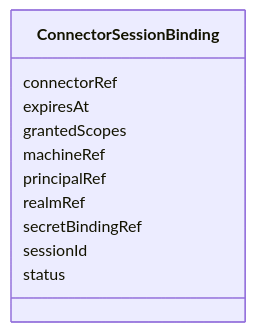
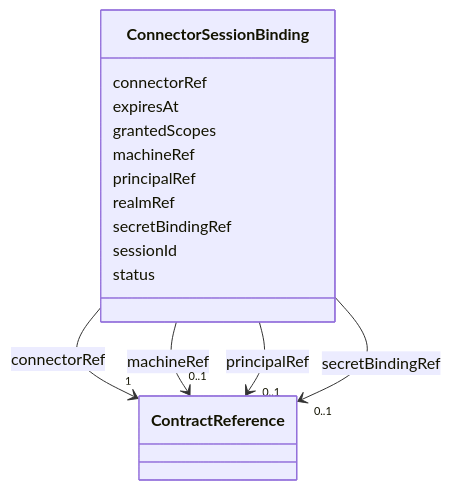
The diagram in metamodel/generated/docs/ConnectorSessionBinding.md (open4good/jumo-core), drawn with Mermaid before and after one commit. The commit also changed other lines of this file and 33 other files, not shown here.

````diff
--- a/metamodel/generated/docs/ConnectorSessionBinding.md
+++ b/metamodel/generated/docs/ConnectorSessionBinding.md
@@ -23,24 +23,60 @@
 ```mermaid
  classDiagram
     class ConnectorSessionBinding
     click ConnectorSessionBinding href "../ConnectorSessionBinding/"
       ConnectorSessionBinding : connectorRef
+
+
+
+
+
+        ConnectorSessionBinding --> "1" ContractReference : connectorRef
+        click ContractReference href "../ContractReference/"
+
+
 
       ConnectorSessionBinding : expiresAt
 
       ConnectorSessionBinding : grantedScopes
 
       ConnectorSessionBinding : machineRef
 
+
+
+
+
+        ConnectorSessionBinding --> "0..1" ContractReference : machineRef
+        click ContractReference href "../ContractReference/"
+
+
+
       ConnectorSessionBinding : principalRef
+
+
+
+
+
+        ConnectorSessionBinding --> "0..1" ContractReference : principalRef
+        click ContractReference href "../ContractReference/"
+
+
 
       ConnectorSessionBinding : realmRef
 
       ConnectorSessionBinding : secretBindingRef
+
+
+
+
+
+        ConnectorSessionBinding --> "0..1" ContractReference : secretBindingRef
+        click ContractReference href "../ContractReference/"
+
+
 
       ConnectorSessionBinding : sessionId
 
       ConnectorSessionBinding : status
 
 
 ```
````
